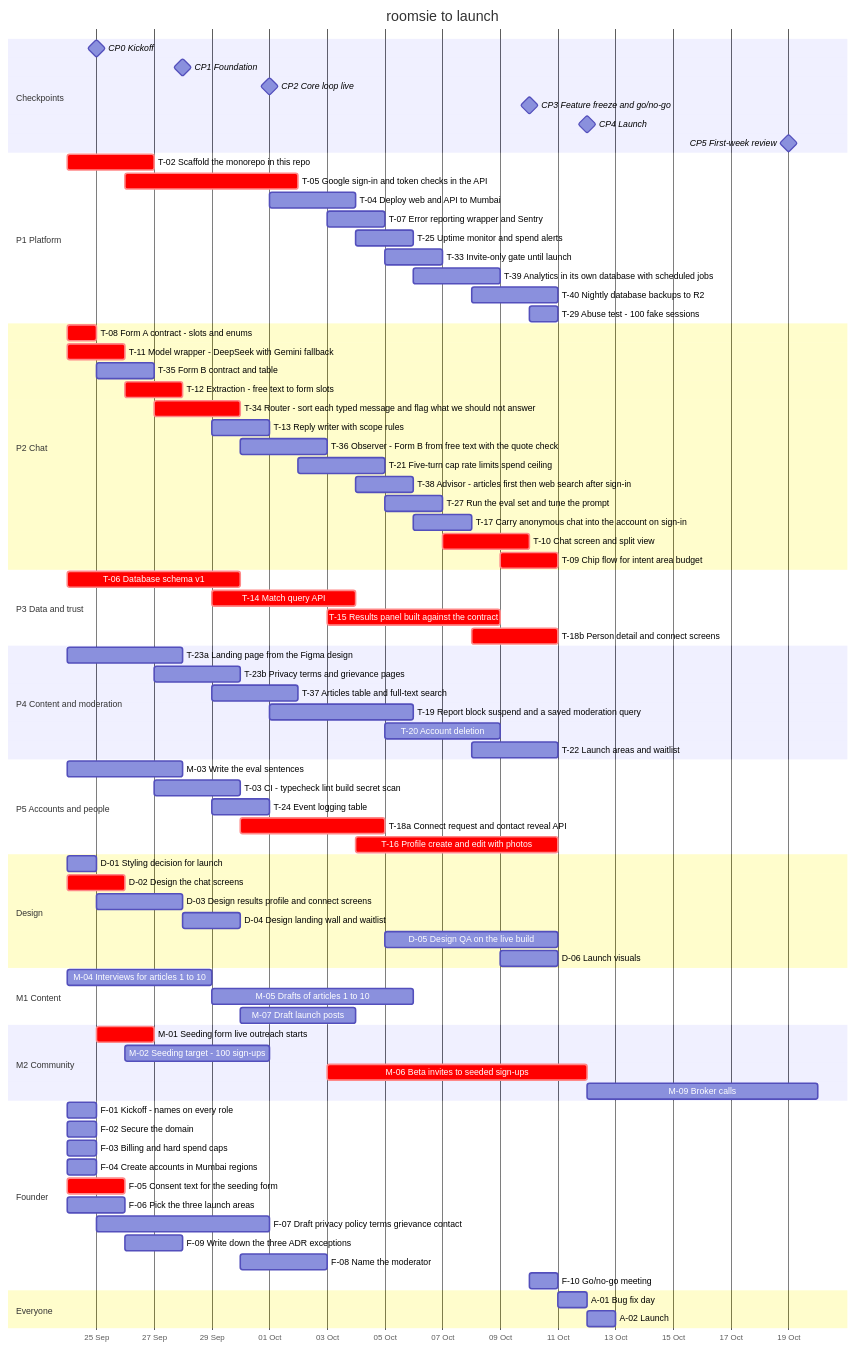
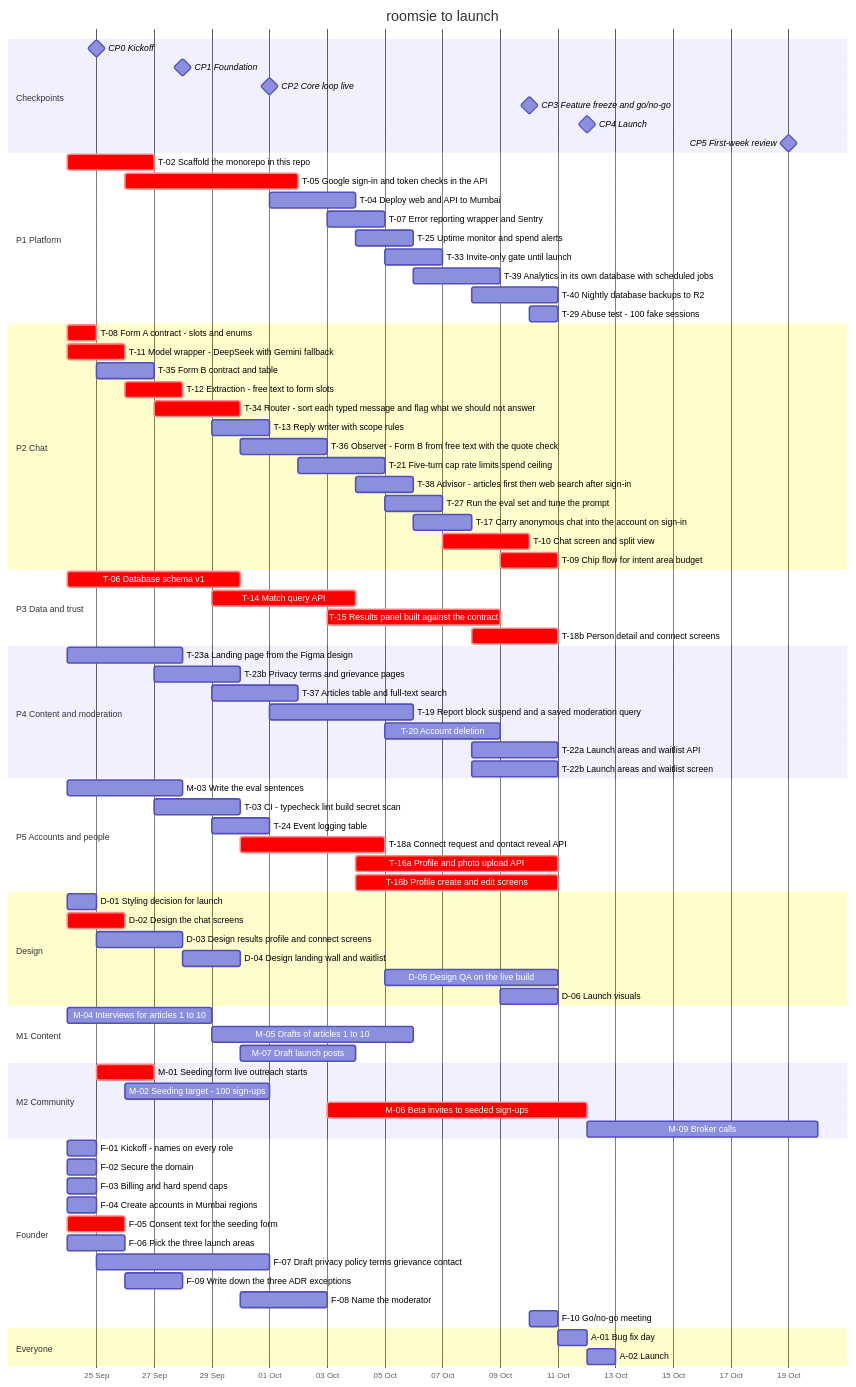
One commit to magentawood/roomsie changed the diagram in docs/team-plan.md. Above: the diagram before and after it, drawn with Mermaid. The commit also changed other lines of this file and 41 other files, not shown here.

```diff
--- a/docs/team-plan.md
+++ b/docs/team-plan.md
@@ -318,13 +322,15 @@
     T-37 Articles table and full-text search :t37, 2026-09-29, 3d
     T-19 Report block suspend and a saved moderation query :t19, 2026-10-01, 5d
     T-20 Account deletion :t20, 2026-10-05, 4d
-    T-22 Launch areas and waitlist :t22, 2026-10-08, 3d
+    T-22a Launch areas and waitlist API :t22a, 2026-10-08, 3d
+    T-22b Launch areas and waitlist screen :t22b, 2026-10-08, 3d
     section P5 Accounts and people
     M-03 Write the eval sentences :m03, 2026-09-24, 4d
     T-03 CI - typecheck lint build secret scan :t03, 2026-09-27, 3d
     T-24 Event logging table :t24, 2026-09-29, 2d
     T-18a Connect request and contact reveal API :crit, t18a, 2026-09-30, 5d
-    T-16 Profile create and edit with photos :crit, t16, 2026-10-04, 7d
+    T-16a Profile and photo upload API :crit, t16a, 2026-10-04, 7d
+    T-16b Profile create and edit screens :crit, t16b, 2026-10-04, 7d
     section Design
     D-01 Styling decision for launch :d01, 2026-09-24, 1d
     D-02 Design the chat screens :crit, d02, 2026-09-24, 2d
```
